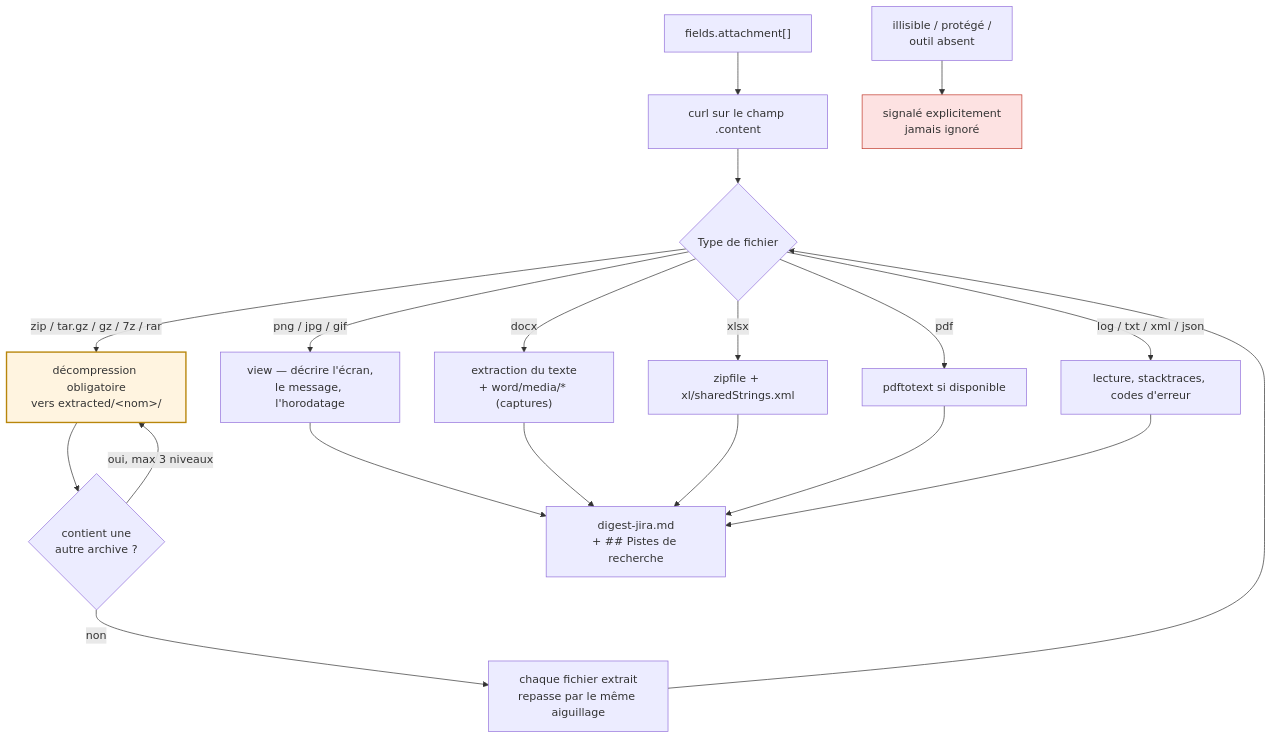
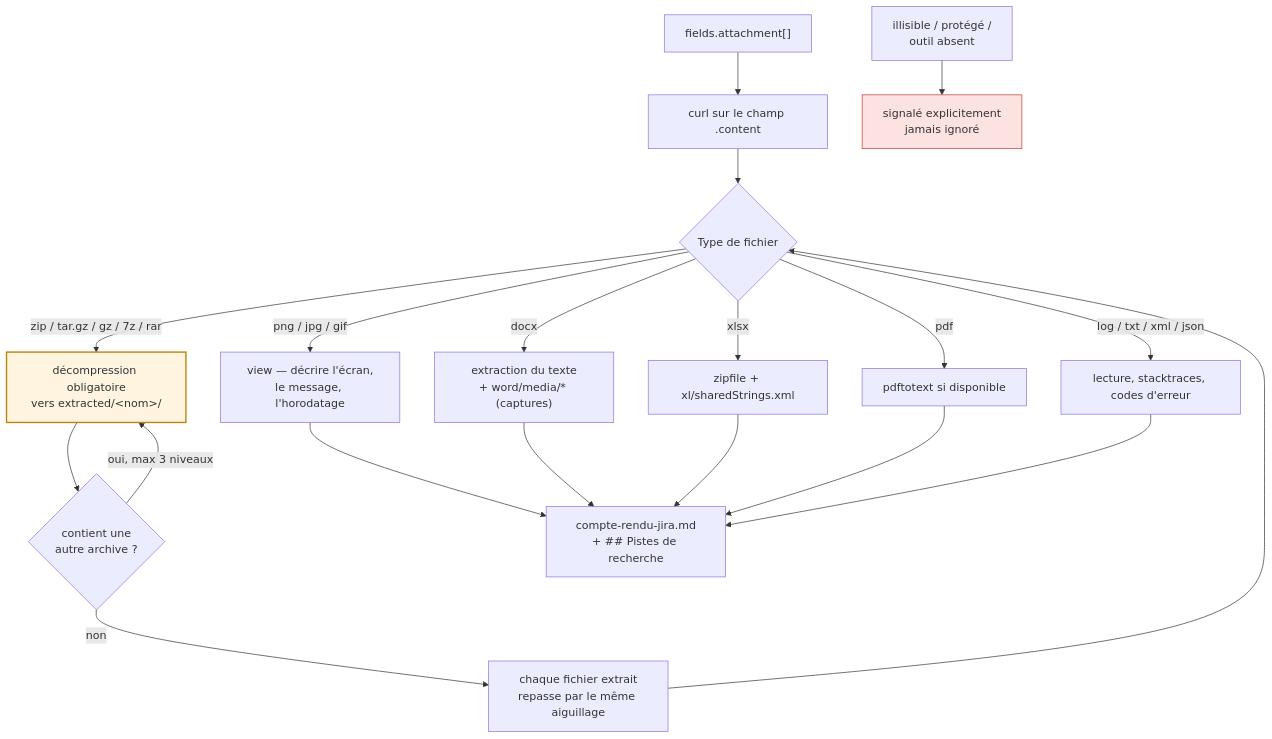
The third of 5 diagrams in skills/gsupport-analyze/ARCHITECTURE.md (tomsoulage-dedalus/presc-workflows-tools), drawn with Mermaid before and after one commit. The commit also changed other lines of this file and 1 other file, not shown here.

````diff
--- a/skills/gsupport-analyze/ARCHITECTURE.md
+++ b/skills/gsupport-analyze/ARCHITECTURE.md
@@ -112,23 +112,23 @@
 ```mermaid
 flowchart TD
     S["fields.attachment[]"] --> DL["curl sur le champ .content"]
     DL --> T{"Type de fichier"}
 
     T -->|png / jpg / gif| IMG["view — décrire l'écran,<br/>le message, l'horodatage"]
     T -->|docx| DOC["extraction du texte<br/>+ word/media/* (captures)"]
     T -->|xlsx| XLS["zipfile + xl/sharedStrings.xml"]
     T -->|pdf| PDF["pdftotext si disponible"]
     T -->|log / txt / xml / json| LOG["lecture, stacktraces, codes d'erreur"]
     T -->|zip / tar.gz / gz / 7z / rar| ARC["décompression obligatoire<br/>vers extracted/&lt;nom&gt;/"]
 
     ARC --> LOOP{"contient une<br/>autre archive ?"}
     LOOP -->|oui, max 3 niveaux| ARC
     LOOP -->|non| T2["chaque fichier extrait<br/>repasse par le même aiguillage"]
     T2 --> T
 
-    IMG & DOC & XLS & PDF & LOG --> D["digest-jira.md<br/>+ ## Pistes de recherche"]
+    IMG & DOC & XLS & PDF & LOG --> D["compte-rendu-jira.md<br/>+ ## Pistes de recherche"]
     KO["illisible / protégé /<br/>outil absent"] --> SIG["signalé explicitement<br/>jamais ignoré"]
 
     style ARC fill:#fff4e0,stroke:#b8860b,stroke-width:2px
     style SIG fill:#fde2e2,stroke:#c0392b
 ```
````
